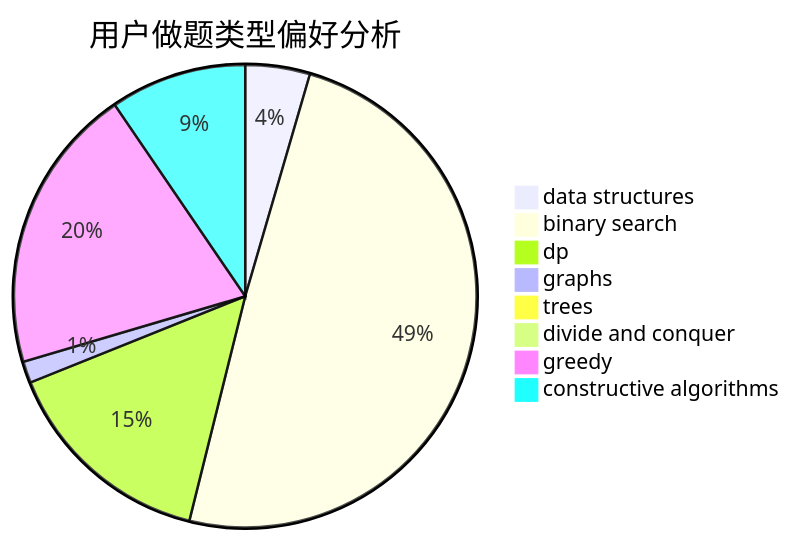
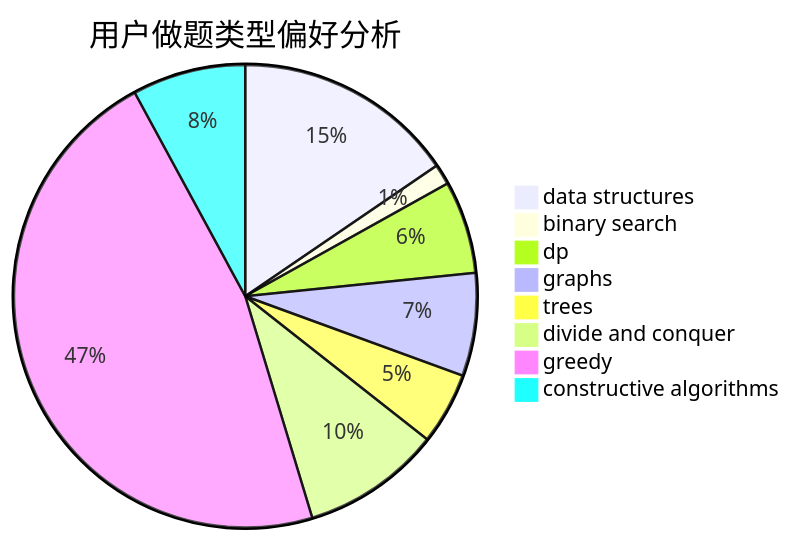
One commit to sherpahu/cfrs.github.io changed the second of 3 diagrams in docs/user/u1335.md. Above: the diagram before and after it, drawn with Mermaid. The commit also changed other lines of this file and 2770 other files, not shown here.

````diff
--- a/docs/user/u1335.md
+++ b/docs/user/u1335.md
@@ -23,11 +23,11 @@
 ```mermaid
 pie title 用户做题类型偏好分析
-    "data structures" :  18
-    "binary search" :  197
-    "dp" :  60
-    "graphs" :  6
-    "trees" :  3
-    "divide and conquer" :  0
-    "greedy" :  80
-    "constructive algorithms" :  38
+    "data structures" :  43
+    "binary search" :  4
+    "dp" :  18
+    "graphs" :  20
+    "trees" :  14
+    "divide and conquer" :  27
+    "greedy" :  130
+    "constructive algorithms" :  22
 ```
````
